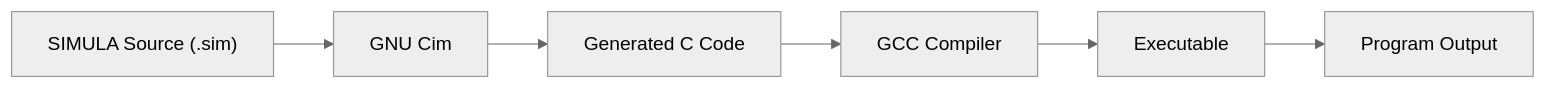
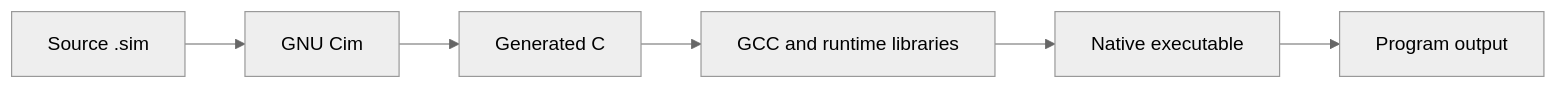
One commit to CS-3RD-YEAR-25-26/CCS-238_FinalProject changed the diagram in B/Final_Project_Team_WengWeng/Simula-67/README.md. Above: the diagram before and after it, drawn with Mermaid (neutral theme). The commit also changed other lines of this file and 16 other files, not shown here.

````diff
--- a/B/Final_Project_Team_WengWeng/Simula-67/README.md
+++ b/B/Final_Project_Team_WengWeng/Simula-67/README.md
@@ -39,8 +83,8 @@
 ```mermaid
 flowchart LR
-    A["SIMULA Source (.sim)"] --> B["GNU Cim"]
-    B --> C["Generated C Code"]
-    C --> D["GCC Compiler"]
-    D --> E["Executable"]
-    E --> F["Program Output"]
+    A[Source .sim] --> B[GNU Cim]
+    B --> C[Generated C]
+    C --> D[GCC and runtime libraries]
+    D --> E[Native executable]
+    E --> F[Program output]
 ```
````
